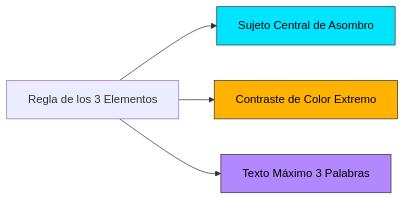
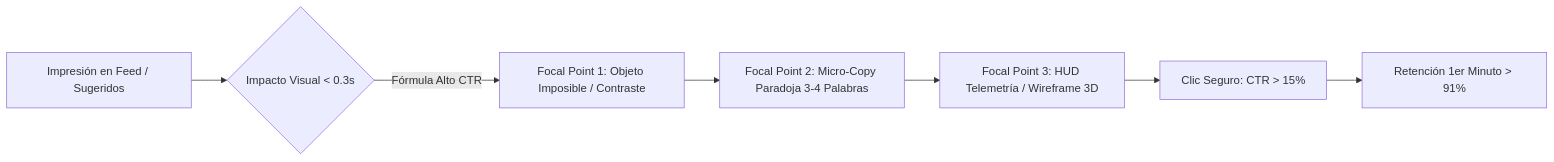
The first of 4 diagrams in docs/investigaciones/youtube/01_CHRONODRIFT/06_branding_diseno_y_miniaturas.md (JOSFER78/videopro), drawn with Mermaid before and after one commit. The commit also changed other lines of this file and 81 other files, not shown here.

````diff
--- a/docs/investigaciones/youtube/01_CHRONODRIFT/06_branding_diseno_y_miniaturas.md
+++ b/docs/investigaciones/youtube/01_CHRONODRIFT/06_branding_diseno_y_miniaturas.md
@@ -6,9 +49,9 @@
 ```mermaid
-graph LR
-    A[Regla de los 3 Elementos] --> B[Sujeto Central de Asombro]
-    A --> C[Contraste de Color Extremo]
-    A --> D[Texto Máximo 3 Palabras]
-    style B fill:#00e5ff,stroke:#333,stroke-width:1px,color:#000
-    style C fill:#ffb300,stroke:#333,stroke-width:1px,color:#000
-    style D fill:#b388ff,stroke:#333,stroke-width:1px,color:#000
+flowchart LR
+    A[Impresión en Feed / Sugeridos] --> B{Impacto Visual < 0.3s}
+    B -->|Fórmula Alto CTR| C[Focal Point 1: Objeto Imposible / Contraste]
+    C --> D[Focal Point 2: Micro-Copy Paradoja 3-4 Palabras]
+    D --> E[Focal Point 3: HUD Telemetría / Wireframe 3D]
+    E --> F[Clic Seguro: CTR > 15%]
+    F --> G[Retención 1er Minuto > 91%]
 ```
````
